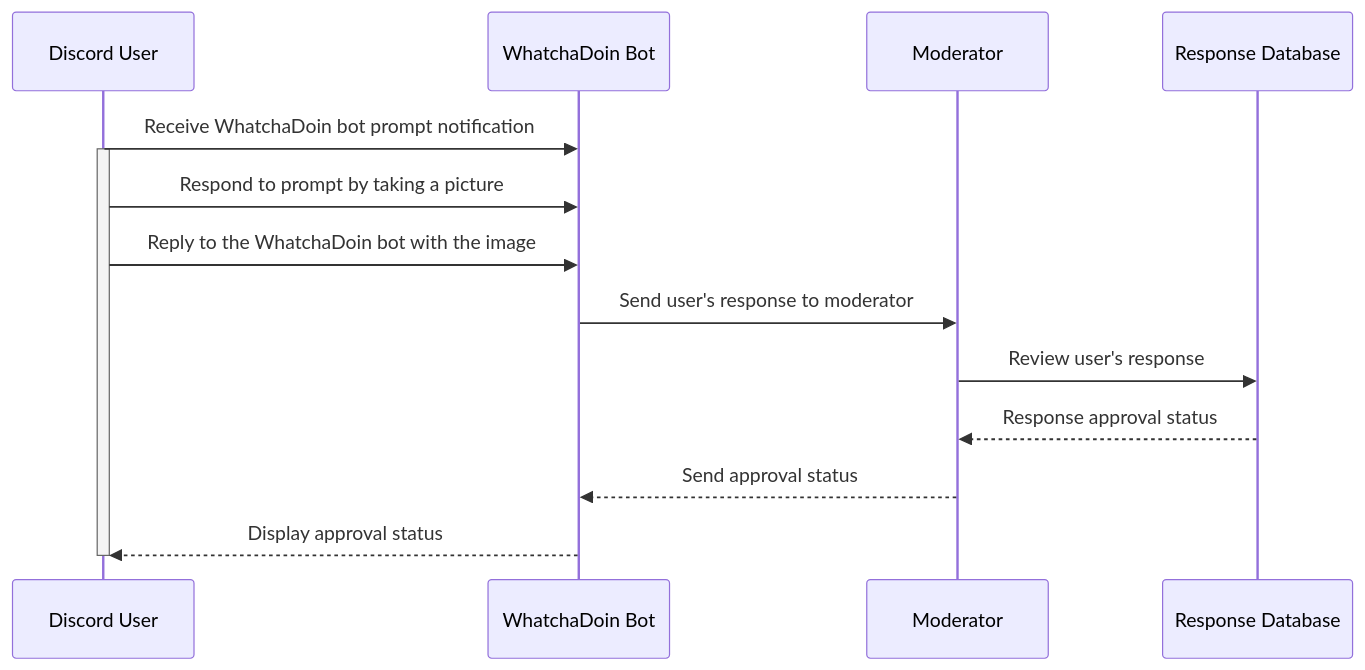
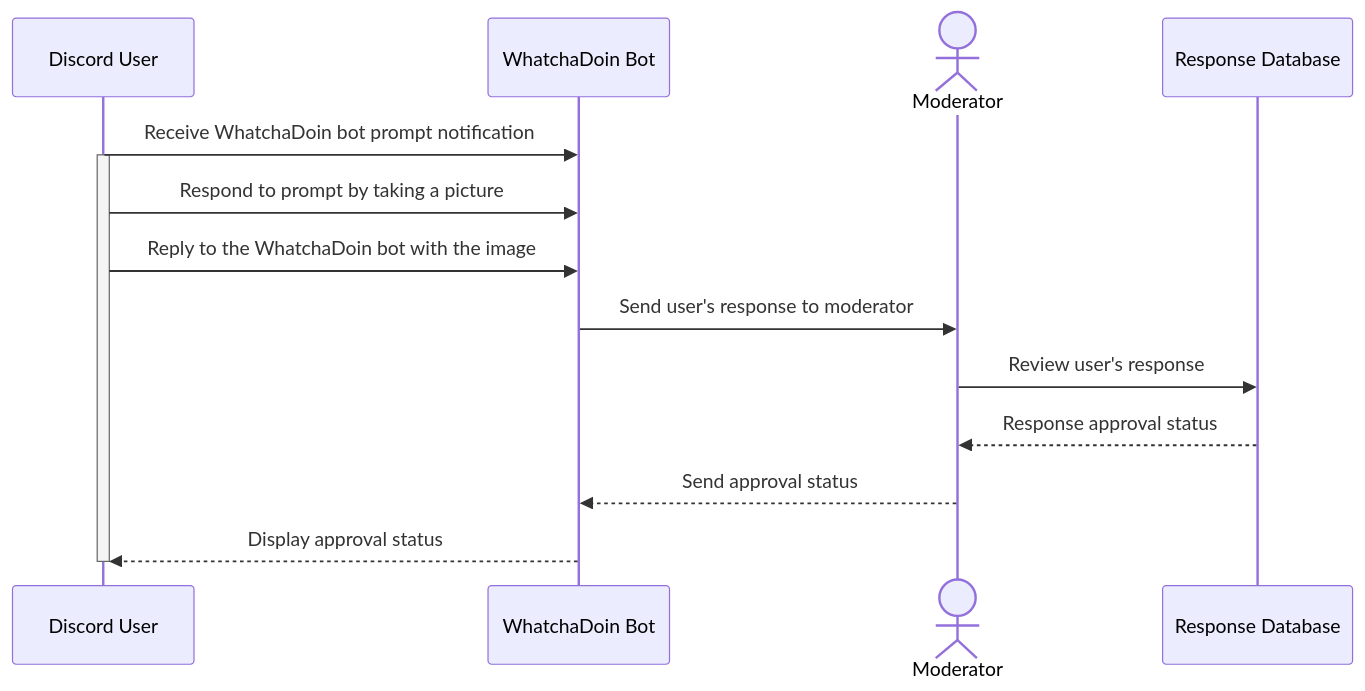
Before and after one commit to Capstone-Projects-2023-Fall/project-bereal-meets-slack: the fourth of 11 diagrams in documentation/docs/system-architecture/design.md, drawn with Mermaid.

Commit message:
Update design.md
small change, made participant here as actor instead as per recommendation from professor.

````diff
--- a/documentation/docs/system-architecture/design.md
+++ b/documentation/docs/system-architecture/design.md
@@ -258,20 +258,20 @@
 ```mermaid
 
 sequenceDiagram
     participant User as Discord User
     participant WhatchaDoinBot as WhatchaDoin Bot
-    participant Moderator as Moderator
+    actor Moderator as Moderator
     participant Database as Response Database
 
     User ->> WhatchaDoinBot: Receive WhatchaDoin bot prompt notification
     activate User
     User ->> WhatchaDoinBot: Respond to prompt by taking a picture
     User ->> WhatchaDoinBot: Reply to the WhatchaDoin bot with the image
     WhatchaDoinBot ->> Moderator: Send user's response to moderator
     Moderator ->> Database: Review user's response
     Database -->> Moderator: Response approval status
     Moderator -->> WhatchaDoinBot: Send approval status
     WhatchaDoinBot -->> User: Display approval status
     deactivate User
 
 ```
````
